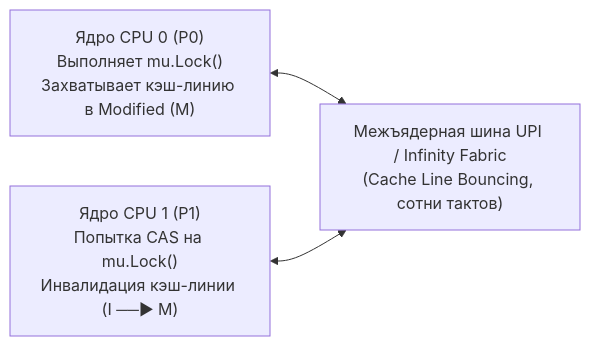
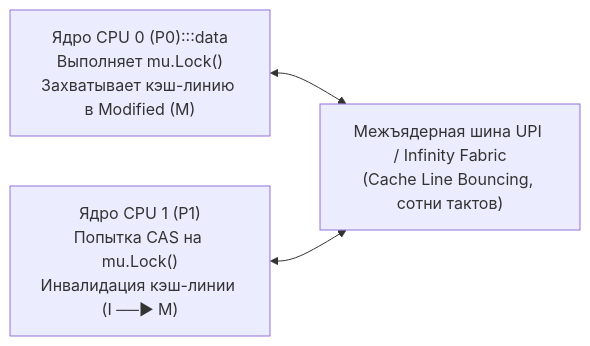
The third of 3 diagrams in sources/16. Профилирование, отладка и производительность/08. Runtime и инструменты/6. mutex profile.md (UnrealTemplier/go-textbook), drawn with Mermaid before and after one commit. The commit also changed other lines of this file and 1666 other files, not shown here.

First line of the commit message:
feat(mermaid): add semantic color classDef to 1369 colorless flowchart/graph diagrams

````diff
--- a/sources/16. Профилирование, отладка и производительность/08. Runtime и инструменты/6. mutex profile.md
+++ b/sources/16. Профилирование, отладка и производительность/08. Runtime и инструменты/6. mutex profile.md
@@ -213,5 +233,15 @@
 ```mermaid
 flowchart LR
-    Core0["Ядро CPU 0 (P0)<br/>Выполняет mu.Lock()<br/>Захватывает кэш-линию в Modified (M)"] <--> Bus["Межъядерная шина UPI / Infinity Fabric<br/>(Cache Line Bouncing, сотни тактов)"]
+    classDef process  fill:#1e293b,stroke:#38bdf8,stroke-width:1px,color:#f8fafc
+    classDef success  fill:#064e3b,stroke:#34d399,stroke-width:1px,color:#f8fafc
+    classDef error    fill:#7f1d1d,stroke:#f87171,stroke-width:1px,color:#f8fafc
+    classDef warning  fill:#78350f,stroke:#fbbf24,stroke-width:1px,color:#f8fafc
+    classDef entry    fill:#1e3a5f,stroke:#38bdf8,stroke-width:2px,color:#f8fafc
+    classDef aux      fill:#334155,stroke:#64748b,stroke-width:1px,color:#f8fafc
+    classDef system   fill:#312e81,stroke:#a78bfa,stroke-width:1px,color:#f8fafc
+    classDef data     fill:#132d29,stroke:#2dd4bf,stroke-width:1px,color:#f8fafc
+    classDef network  fill:#881337,stroke:#fb7185,stroke-width:1px,color:#f8fafc
+    classDef accent   fill:#1e1b4b,stroke:#818cf8,stroke-width:1px,color:#f8fafc
+    Core0["Ядро CPU 0 (P0):::data<br/>Выполняет mu.Lock()<br/>Захватывает кэш-линию в Modified (M)"] <--> Bus["Межъядерная шина UPI / Infinity Fabric<br/>(Cache Line Bouncing, сотни тактов)"]
     Core1["Ядро CPU 1 (P1)<br/>Попытка CAS на mu.Lock()<br/>Инвалидация кэш-линии (I ──► M)"] <--> Bus
 ```
````
